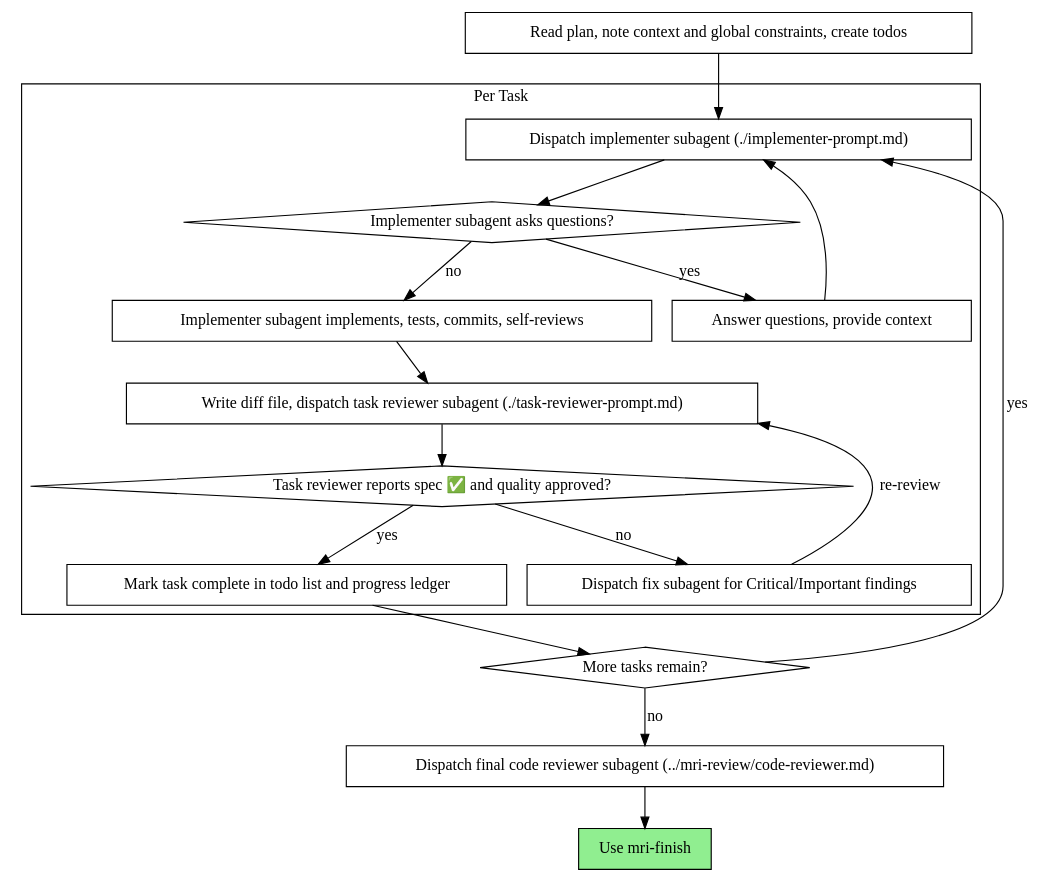
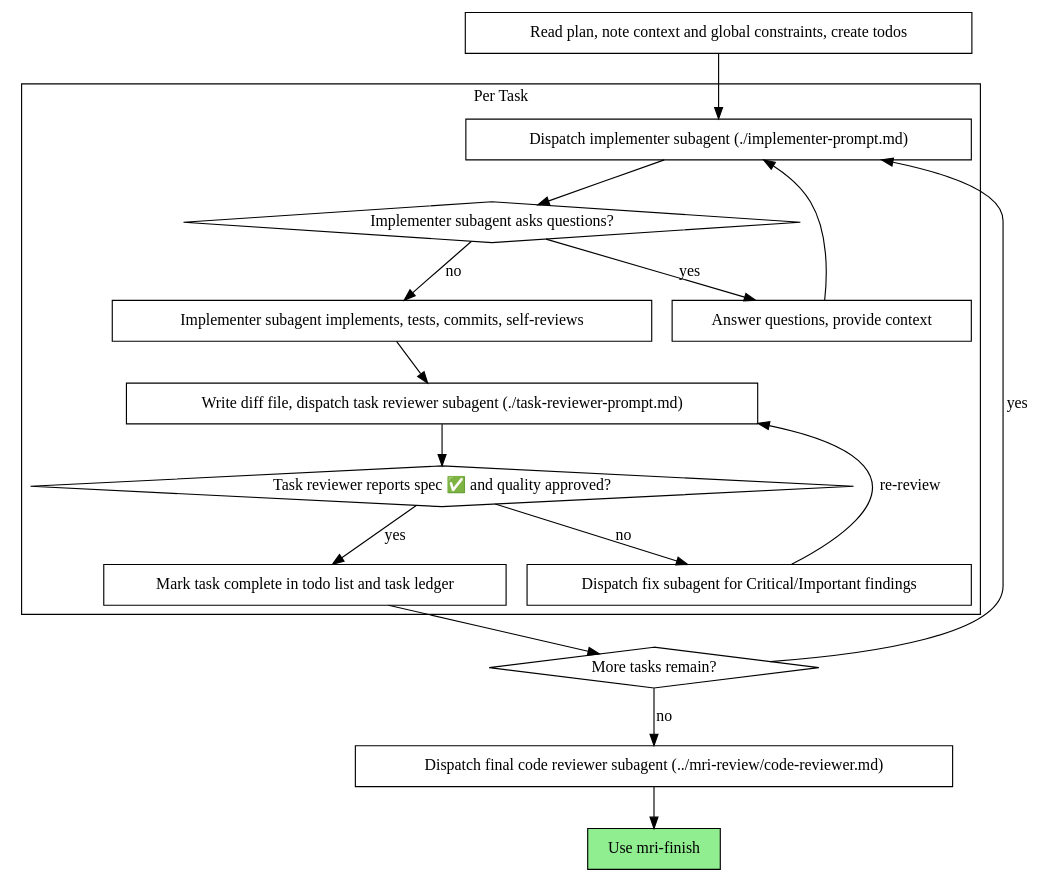
The second of 2 diagrams in payload/skills/mri-implement/SKILL.md (petite-olive-verte/mri-code), drawn with Graphviz before and after one commit. The commit also changed other lines of this file and 3 other files, not shown here.

First line of the commit message:
état: un seul progress.md (phases) — le ledger SDD devient task-ledger.md

````diff
--- a/payload/skills/mri-implement/SKILL.md
+++ b/payload/skills/mri-implement/SKILL.md
@@ -46,37 +46,37 @@
 ```dot
 digraph process {
     rankdir=TB;
 
     subgraph cluster_per_task {
         label="Per Task";
         "Dispatch implementer subagent (./implementer-prompt.md)" [shape=box];
         "Implementer subagent asks questions?" [shape=diamond];
         "Answer questions, provide context" [shape=box];
         "Implementer subagent implements, tests, commits, self-reviews" [shape=box];
         "Write diff file, dispatch task reviewer subagent (./task-reviewer-prompt.md)" [shape=box];
         "Task reviewer reports spec ✅ and quality approved?" [shape=diamond];
         "Dispatch fix subagent for Critical/Important findings" [shape=box];
-        "Mark task complete in todo list and progress ledger" [shape=box];
+        "Mark task complete in todo list and task ledger" [shape=box];
     }
 
     "Read plan, note context and global constraints, create todos" [shape=box];
     "More tasks remain?" [shape=diamond];
     "Dispatch final code reviewer subagent (../mri-review/code-reviewer.md)" [shape=box];
     "Use mri-finish" [shape=box style=filled fillcolor=lightgreen];
 
     "Read plan, note context and global constraints, create todos" -> "Dispatch implementer subagent (./implementer-prompt.md)";
     "Dispatch implementer subagent (./implementer-prompt.md)" -> "Implementer subagent asks questions?";
     "Implementer subagent asks questions?" -> "Answer questions, provide context" [label="yes"];
     "Answer questions, provide context" -> "Dispatch implementer subagent (./implementer-prompt.md)";
     "Implementer subagent asks questions?" -> "Implementer subagent implements, tests, commits, self-reviews" [label="no"];
     "Implementer subagent implements, tests, commits, self-reviews" -> "Write diff file, dispatch task reviewer subagent (./task-reviewer-prompt.md)";
     "Write diff file, dispatch task reviewer subagent (./task-reviewer-prompt.md)" -> "Task reviewer reports spec ✅ and quality approved?";
     "Task reviewer reports spec ✅ and quality approved?" -> "Dispatch fix subagent for Critical/Important findings" [label="no"];
     "Dispatch fix subagent for Critical/Important findings" -> "Write diff file, dispatch task reviewer subagent (./task-reviewer-prompt.md)" [label="re-review"];
-    "Task reviewer reports spec ✅ and quality approved?" -> "Mark task complete in todo list and progress ledger" [label="yes"];
-    "Mark task complete in todo list and progress ledger" -> "More tasks remain?";
+    "Task reviewer reports spec ✅ and quality approved?" -> "Mark task complete in todo list and task ledger" [label="yes"];
+    "Mark task complete in todo list and task ledger" -> "More tasks remain?";
     "More tasks remain?" -> "Dispatch implementer subagent (./implementer-prompt.md)" [label="yes"];
     "More tasks remain?" -> "Dispatch final code reviewer subagent (../mri-review/code-reviewer.md)" [label="no"];
     "Dispatch final code reviewer subagent (../mri-review/code-reviewer.md)" -> "Use mri-finish";
 }
 ```
````
